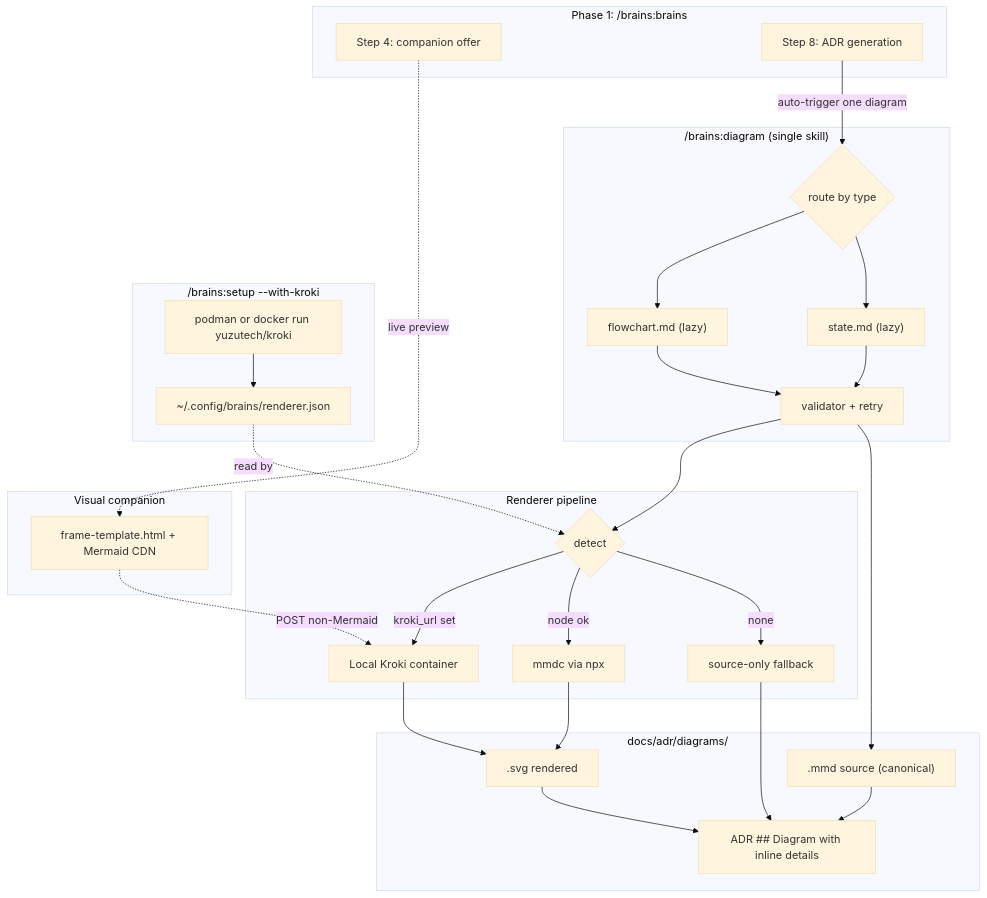
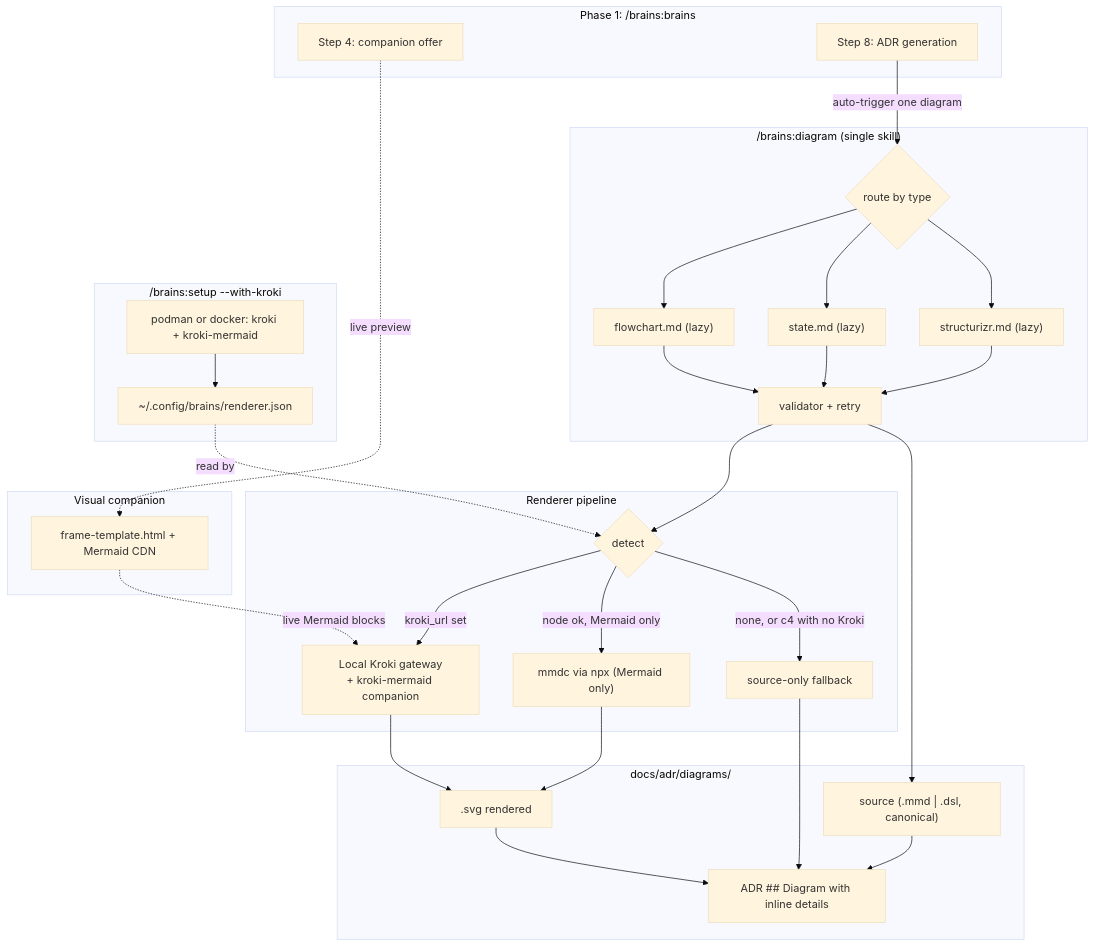
Before and after one commit to Epiphytic/brains: the diagram in docs/adr/2026-04-23-002-brains-diagramming.md, drawn with Mermaid (base theme). The commit also changed other lines of this file and 4 other files, not shown here.

First line of the commit message:
docs(adr): regenerate ADR-002 diagrams under v0.4.4 conventions

````diff
--- a/docs/adr/2026-04-23-002-brains-diagramming.md
+++ b/docs/adr/2026-04-23-002-brains-diagramming.md
@@ -165,54 +169,57 @@
 ```mermaid
 flowchart TB
     subgraph P1["Phase 1: /brains:brains"]
         S4["Step 4: companion offer"]
         S8["Step 8: ADR generation"]
     end
 
     subgraph Skill["/brains:diagram (single skill)"]
         R{"route by type"}
         RF["flowchart.md (lazy)"]
         RS["state.md (lazy)"]
+        RZ["structurizr.md (lazy)"]
         RV["validator + retry"]
     end
 
     subgraph Renderer["Renderer pipeline"]
         DET{"detect"}
-        K["Local Kroki container"]
-        M["mmdc via npx"]
+        K["Local Kroki gateway<br/>+ kroki-mermaid companion"]
+        M["mmdc via npx (Mermaid only)"]
         F["source-only fallback"]
     end
 
     subgraph Out["docs/adr/diagrams/"]
-        MMD[".mmd source (canonical)"]
+        SRC["source (.mmd | .dsl, canonical)"]
         SVG[".svg rendered"]
         ADR["ADR ## Diagram with inline details"]
     end
 
     subgraph VC["Visual companion"]
         FT["frame-template.html + Mermaid CDN"]
     end
 
     subgraph Setup["/brains:setup --with-kroki"]
-        POD["podman or docker run yuzutech/kroki"]
+        POD["podman or docker: kroki + kroki-mermaid"]
         CFG["~/.config/brains/renderer.json"]
     end
 
     S4 -.live preview.-> FT
     S8 -->|auto-trigger one diagram| R
     R --> RF
     R --> RS
+    R --> RZ
     RF --> RV
     RS --> RV
+    RZ --> RV
     RV --> DET
     DET -->|kroki_url set| K --> SVG
-    DET -->|node ok| M --> SVG
-    DET -->|none| F
-    RV --> MMD
-    MMD --> ADR
+    DET -->|node ok, Mermaid only| M --> SVG
+    DET -->|none, or c4 with no Kroki| F
+    RV --> SRC
+    SRC --> ADR
     SVG --> ADR
     F --> ADR
     POD --> CFG
     CFG -.read by.-> DET
-    FT -.POST non-Mermaid.-> K
+    FT -.live Mermaid blocks.-> K
 ```
````
